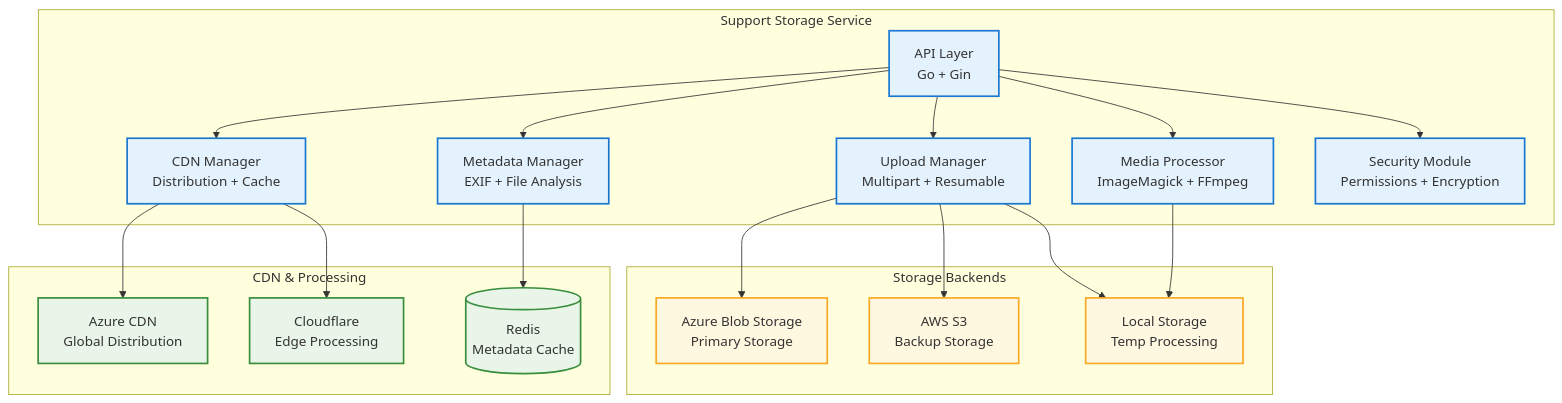
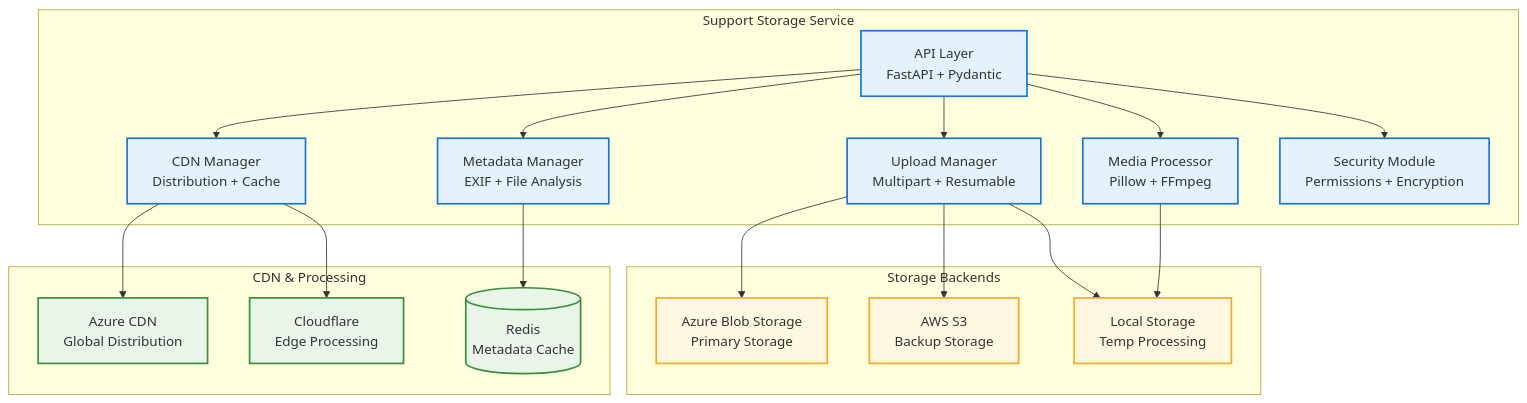
The first of 4 diagrams in docs/api/support-storage-service.md (VisioBook-ESP/docs-architecture), drawn with Mermaid before and after one commit. The commit also changed other lines of this file and 6 other files, not shown here.

````diff
--- a/docs/api/support-storage-service.md
+++ b/docs/api/support-storage-service.md
@@ -23,46 +23,46 @@
 ```mermaid
 graph TB
     subgraph "Support Storage Service"
-        API[API Layer<br/>Go + Gin]
+        API[API Layer<br/>FastAPI + Pydantic]
         UPLOAD[Upload Manager<br/>Multipart + Resumable]
-        TRANSFORM[Media Processor<br/>ImageMagick + FFmpeg]
+        TRANSFORM[Media Processor<br/>Pillow + FFmpeg]
         METADATA[Metadata Manager<br/>EXIF + File Analysis]
         CDN[CDN Manager<br/>Distribution + Cache]
         SECURITY[Security Module<br/>Permissions + Encryption]
     end
 
     subgraph "Storage Backends"
         AZURE[Azure Blob Storage<br/>Primary Storage]
         S3[AWS S3<br/>Backup Storage]
         LOCAL[Local Storage<br/>Temp Processing]
     end
 
     subgraph "CDN & Processing"
         AZURE_CDN[Azure CDN<br/>Global Distribution]
         CLOUDFLARE[Cloudflare<br/>Edge Processing]
         REDIS[(Redis<br/>Metadata Cache)]
     end
 
     API --> UPLOAD
     API --> TRANSFORM
     API --> METADATA
     API --> CDN
     API --> SECURITY
 
     UPLOAD --> AZURE
     UPLOAD --> S3
     UPLOAD --> LOCAL
 
     TRANSFORM --> LOCAL
     METADATA --> REDIS
     CDN --> AZURE_CDN
     CDN --> CLOUDFLARE
 
     classDef service fill:#e3f2fd,stroke:#1976d2,stroke-width:2px
     classDef storage fill:#fff8e1,stroke:#f9a825,stroke-width:2px
     classDef cdn fill:#e8f5e8,stroke:#388e3c,stroke-width:2px
 
     class API,UPLOAD,TRANSFORM,METADATA,CDN,SECURITY service
     class AZURE,S3,LOCAL storage
     class AZURE_CDN,CLOUDFLARE,REDIS cdn
 ```
````
